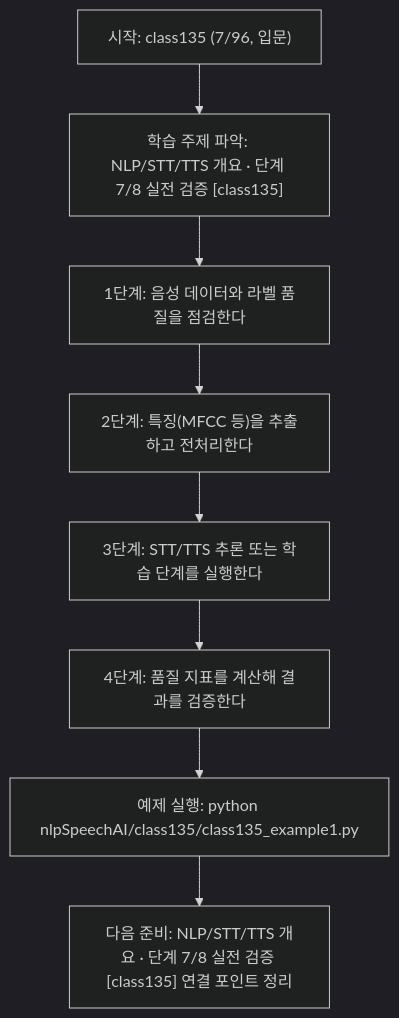
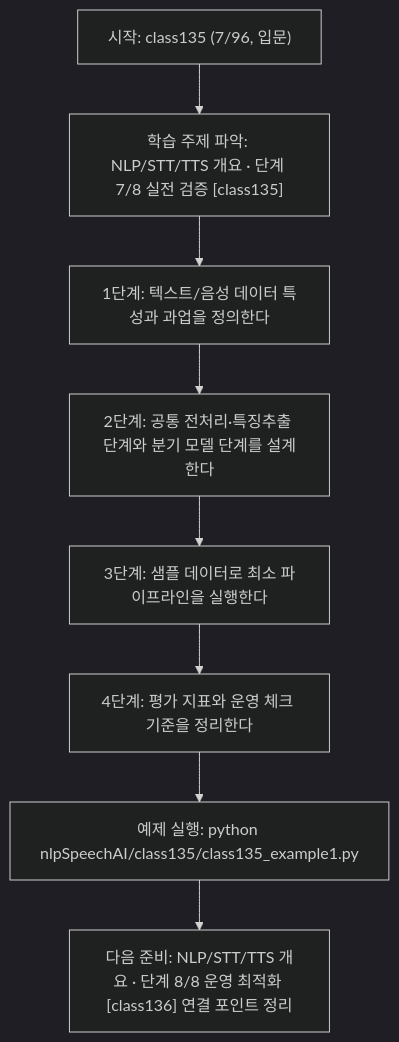
One commit to edumgt/Python-AI_Agent-Class changed the diagram in nlpSpeechAI/class135/class135.md. Above: the diagram before and after it, drawn with Mermaid (dark theme). The commit also changed other lines of this file and 1122 other files, not shown here.

````diff
--- a/nlpSpeechAI/class135/class135.md
+++ b/nlpSpeechAI/class135/class135.md
@@ -115,18 +95,18 @@
 ```mermaid
 flowchart TD
 N1["시작: class135 (7/96, 입문)"]
 N2["학습 주제 파악: NLP/STT/TTS 개요 · 단계 7/8 실전 검증 [class135]"]
-N3["1단계: 음성 데이터와 라벨 품질을 점검한다"]
-N4["2단계: 특징(MFCC 등)을 추출하고 전처리한다"]
-N5["3단계: STT/TTS 추론 또는 학습 단계를 실행한다"]
-N6["4단계: 품질 지표를 계산해 결과를 검증한다"]
+N3["1단계: 텍스트/음성 데이터 특성과 과업을 정의한다"]
+N4["2단계: 공통 전처리·특징추출 단계와 분기 모델 단계를 설계한다"]
+N5["3단계: 샘플 데이터로 최소 파이프라인을 실행한다"]
+N6["4단계: 평가 지표와 운영 체크 기준을 정리한다"]
 N7["예제 실행: python nlpSpeechAI/class135/class135_example1.py"]
-N8["다음 준비: NLP/STT/TTS 개요 · 단계 7/8 실전 검증 [class135] 연결 포인트 정리"]
+N8["다음 준비: NLP/STT/TTS 개요 · 단계 8/8 운영 최적화 [class136] 연결 포인트 정리"]
 N1 --> N2
 N2 --> N3
 N3 --> N4
 N4 --> N5
 N5 --> N6
 N6 --> N7
 N7 --> N8
 ```
````
